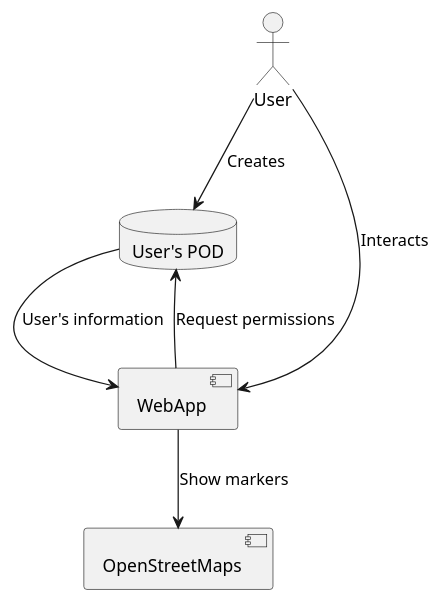
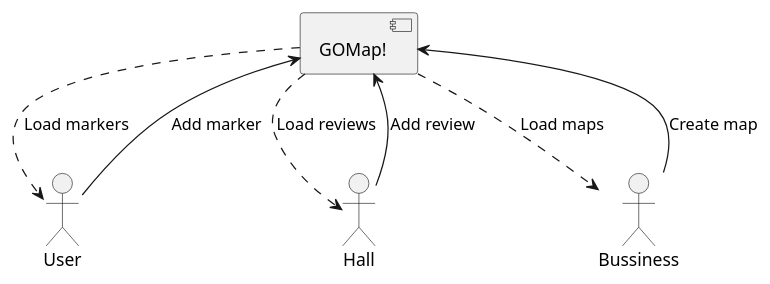
Before and after one commit to Arquisoft/lomap_es3a: the first of 2 diagrams in docs/03_system_scope_and_context.adoc, drawn with PlantUML. The commit also changed 4 other files, not shown here.

```diff
--- a/docs/03_system_scope_and_context.adoc
+++ b/docs/03_system_scope_and_context.adoc
@@ -7,11 +7,10 @@
 [plantuml, "businesscontext", png]
 ----
-database "User's POD" as Pod
-component "WebApp" as WApp
-component "OpenStreetMaps" as Map
-:User: --> [Pod]: Creates
-:User: --> [WApp]: Interacts
-[WApp] --> [Pod]: Request permissions
-[Pod] --> [WApp]: User's information
-[WApp] --> [Map]: Show markers
+component "GOMap!" as go
+:User: --> [go]: Add marker
+:Hall: --> [go]: Add review
+:Bussiness: --> [go]: Create map
+[go] .-> User: Load markers
+[go] .-> Bussiness: Load maps
+[go] .-> Hall: Load reviews
 ----
```
